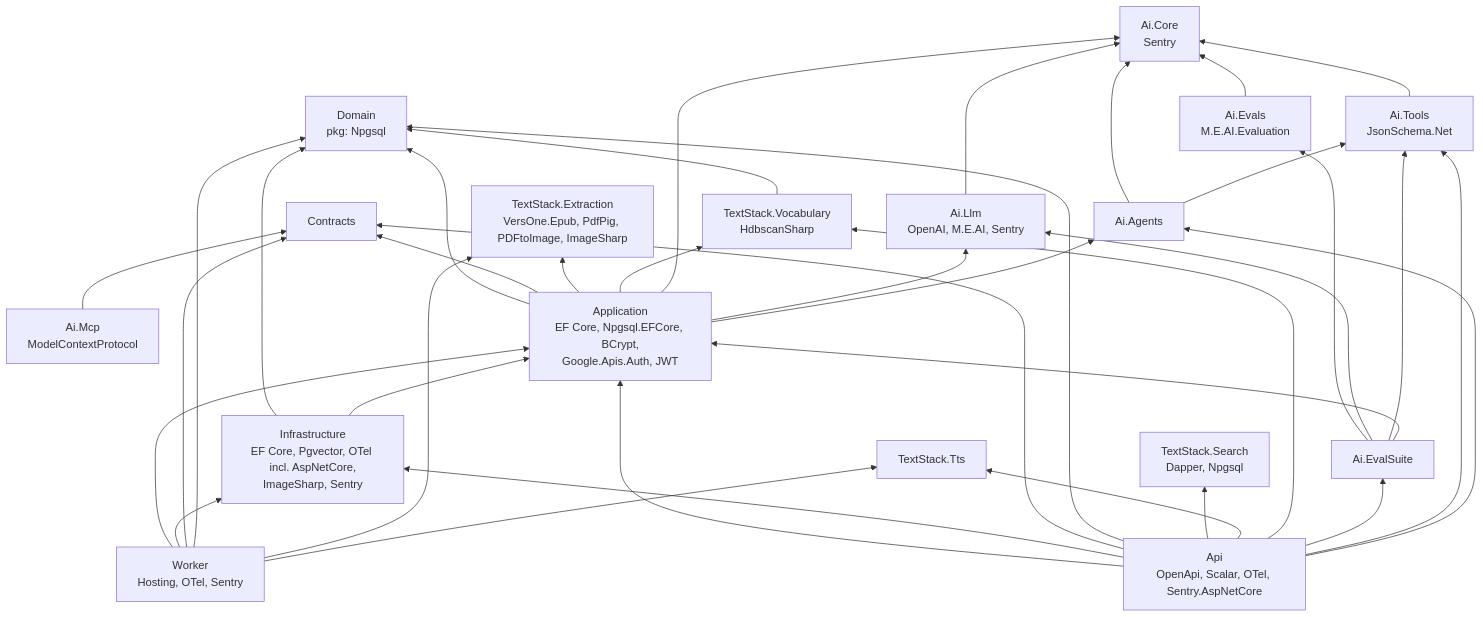
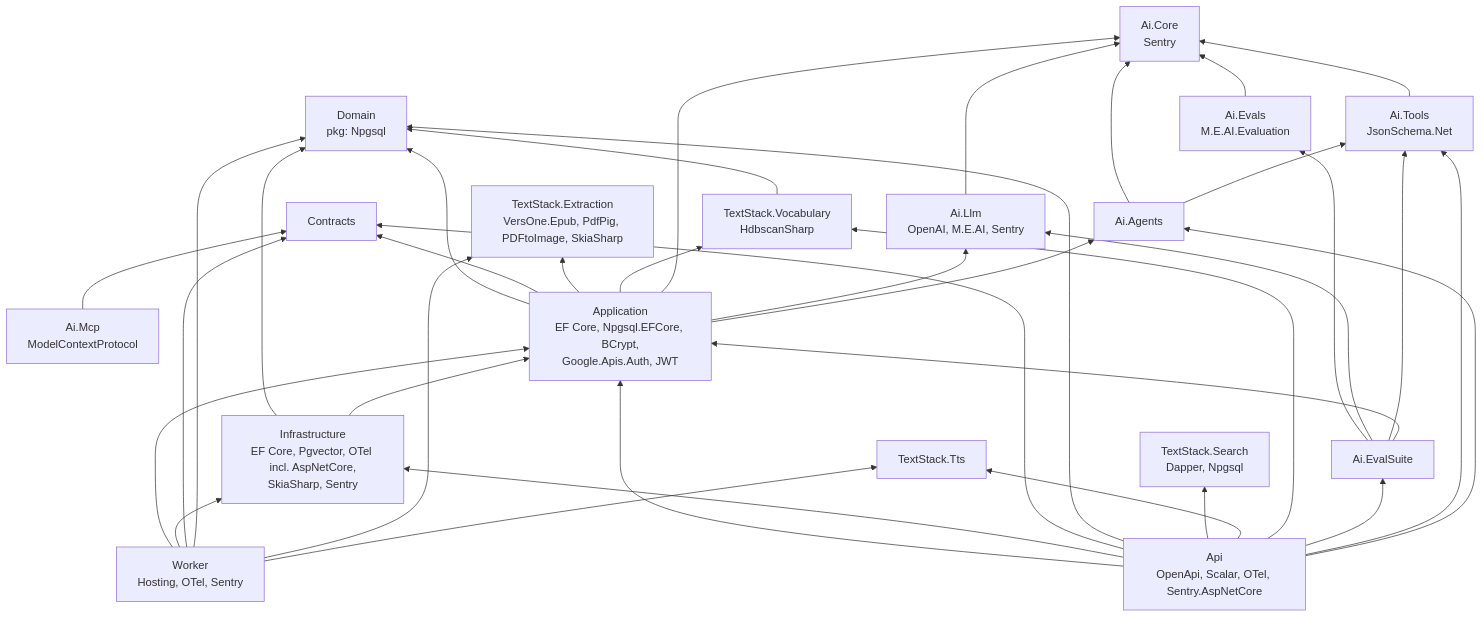
One commit to mrviduus/textstack changed the fourth of 9 diagrams in docs/01-architecture/review-2026-10/01-map.md. Above: the diagram before and after it, drawn with Mermaid. The commit also changed 13 other files, not shown here.

First line of the commit message:
fix(security): remove ImageSharp, images via SkiaSharp (#766)

````diff
--- a/docs/01-architecture/review-2026-10/01-map.md
+++ b/docs/01-architecture/review-2026-10/01-map.md
@@ -213,57 +213,57 @@
 ```mermaid
 flowchart BT
     Domain["Domain<br/>pkg: Npgsql"]
     Contracts["Contracts"]
-    Extraction["TextStack.Extraction<br/>VersOne.Epub, PdfPig, PDFtoImage, ImageSharp"]
+    Extraction["TextStack.Extraction<br/>VersOne.Epub, PdfPig, PDFtoImage, SkiaSharp"]
     Search["TextStack.Search<br/>Dapper, Npgsql"]
     Tts["TextStack.Tts"]
     Vocab["TextStack.Vocabulary<br/>HdbscanSharp"]
     AiCore["Ai.Core<br/>Sentry"]
     AiLlm["Ai.Llm<br/>OpenAI, M.E.AI, Sentry"]
     AiTools["Ai.Tools<br/>JsonSchema.Net"]
     AiAgents["Ai.Agents"]
     AiEvals["Ai.Evals<br/>M.E.AI.Evaluation"]
     AiEvalSuite["Ai.EvalSuite"]
     AiMcp["Ai.Mcp<br/>ModelContextProtocol"]
     App["Application<br/>EF Core, Npgsql.EFCore, BCrypt,<br/>Google.Apis.Auth, JWT"]
-    Infra["Infrastructure<br/>EF Core, Pgvector, OTel incl. AspNetCore,<br/>ImageSharp, Sentry"]
+    Infra["Infrastructure<br/>EF Core, Pgvector, OTel incl. AspNetCore,<br/>SkiaSharp, Sentry"]
     Api["Api<br/>OpenApi, Scalar, OTel, Sentry.AspNetCore"]
     Worker["Worker<br/>Hosting, OTel, Sentry"]
 
     Vocab --> Domain
     App --> Domain
     App --> Contracts
     App --> Extraction
     App --> Vocab
     App --> AiCore
     App --> AiLlm
     App --> AiAgents
     AiLlm --> AiCore
     AiTools --> AiCore
     AiAgents --> AiCore
     AiAgents --> AiTools
     AiEvals --> AiCore
     AiEvalSuite --> AiEvals
     AiEvalSuite --> AiLlm
     AiEvalSuite --> AiTools
     AiEvalSuite --> App
     AiMcp --> Contracts
     Infra --> Domain
     Infra --> App
     Api --> App
     Api --> Infra
     Api --> Contracts
     Api --> Domain
     Api --> Search
     Api --> Tts
     Api --> Vocab
     Api --> AiEvalSuite
     Api --> AiTools
     Api --> AiAgents
     Worker --> App
     Worker --> Infra
     Worker --> Contracts
     Worker --> Domain
     Worker --> Extraction
     Worker --> Tts
 ```
````
